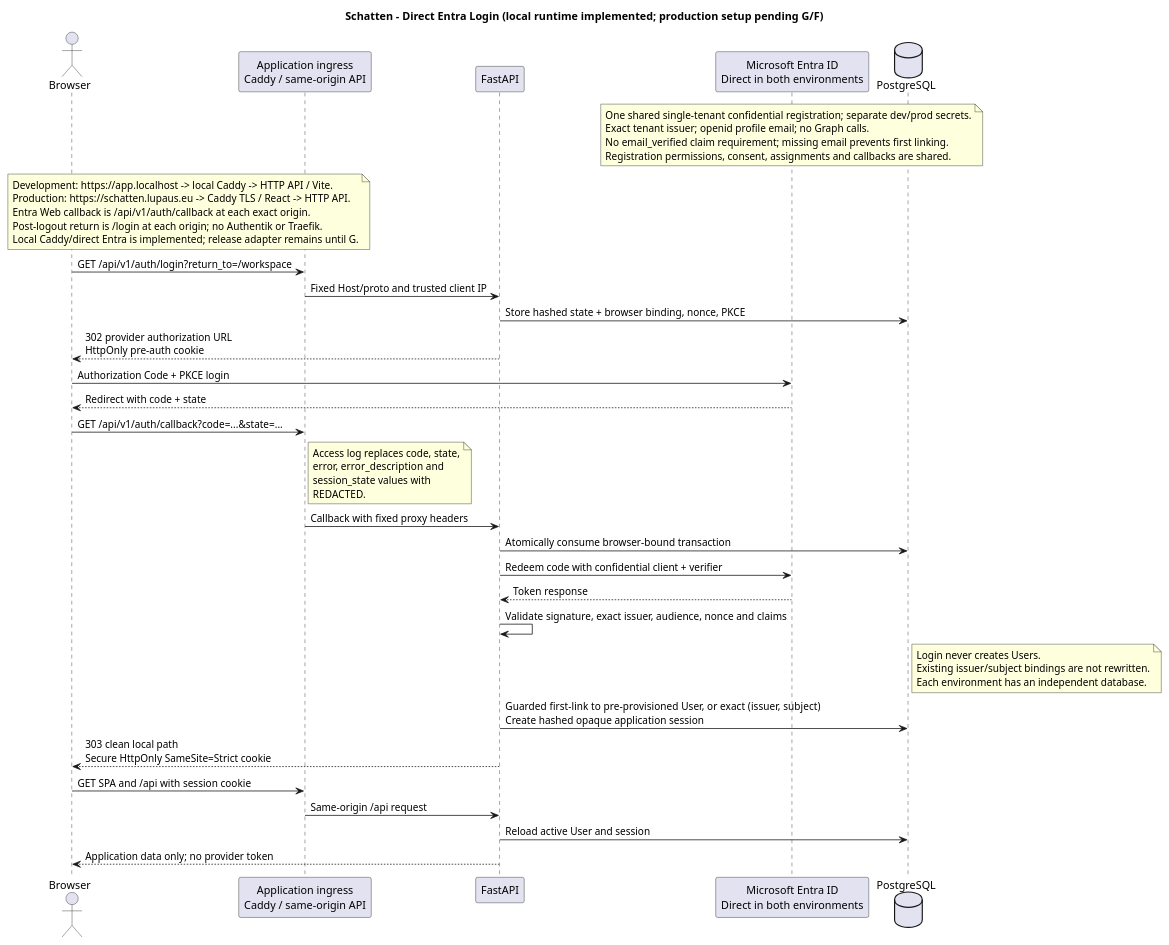
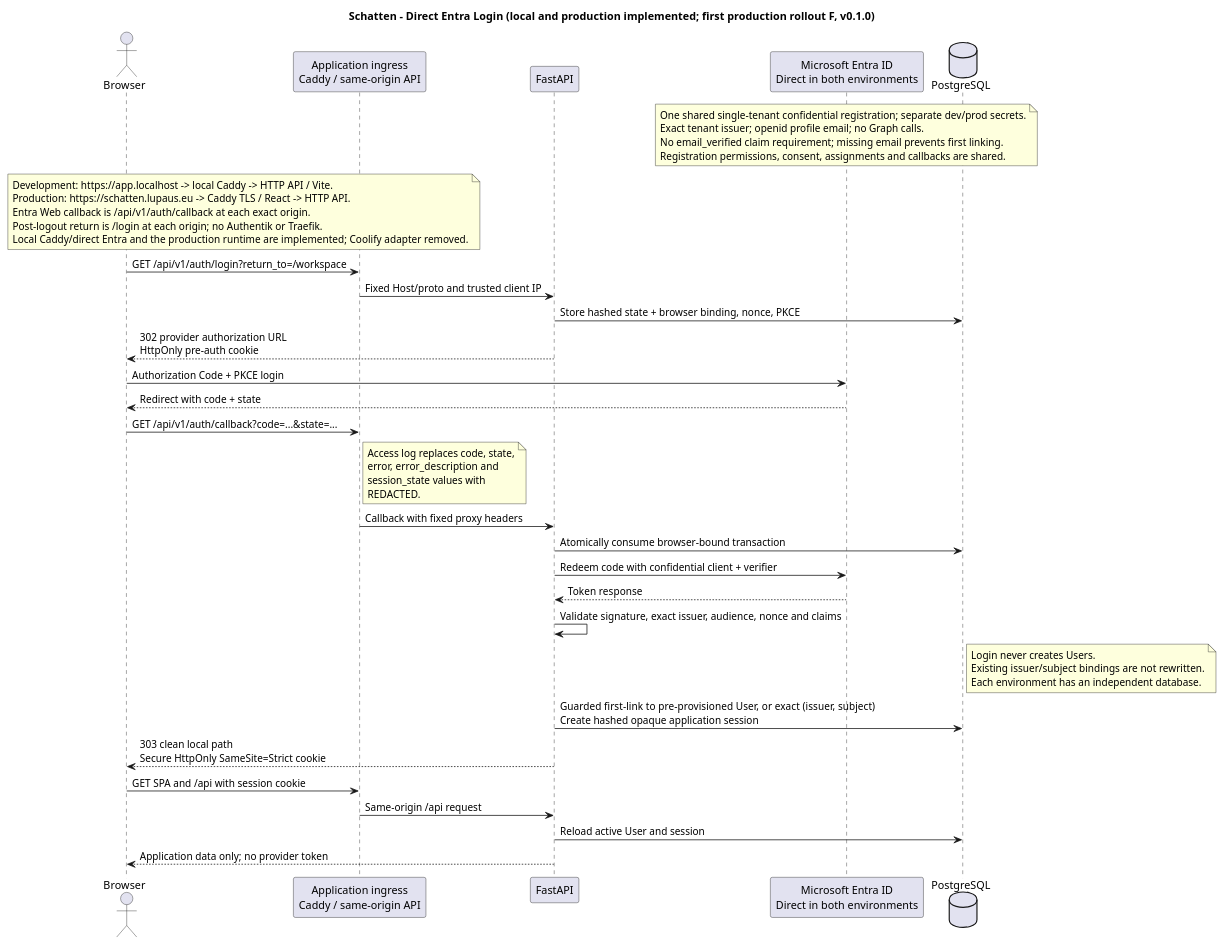
Before and after one commit to lupaus-eu/shadow: the diagram in docs/diagrams/sequence-oidc-login.puml, drawn with PlantUML. The commit also changed 18 other files, not shown here.

First line of the commit message:
Feature/task 059 f first production rollout (#127)

```diff
--- a/docs/diagrams/sequence-oidc-login.puml
+++ b/docs/diagrams/sequence-oidc-login.puml
@@ -1,55 +1,55 @@
 @startuml
-title Schatten - Direct Entra Login (local runtime implemented; production setup pending G/F)
+title Schatten - Direct Entra Login (local and production implemented; first production rollout F, v0.1.0)
 
 actor Browser
 participant "Application ingress\nCaddy / same-origin API" as Caddy
 participant "FastAPI" as API
 participant "Microsoft Entra ID\nDirect in both environments" as Provider
 database PostgreSQL as DB
 
 note over Provider
   One shared single-tenant confidential registration; separate dev/prod secrets.
   Exact tenant issuer; openid profile email; no Graph calls.
   No email_verified claim requirement; missing email prevents first linking.
   Registration permissions, consent, assignments and callbacks are shared.
 end note
 
 note over Browser, Caddy
   Development: https://app.localhost -> local Caddy -> HTTP API / Vite.
   Production: https://schatten.lupaus.eu -> Caddy TLS / React -> HTTP API.
   Entra Web callback is /api/v1/auth/callback at each exact origin.
   Post-logout return is /login at each origin; no Authentik or Traefik.
-  Local Caddy/direct Entra is implemented; release adapter remains until G.
+  Local Caddy/direct Entra and the production runtime are implemented; Coolify adapter removed.
 end note
 
 Browser -> Caddy : GET /api/v1/auth/login?return_to=/workspace
 Caddy -> API : Fixed Host/proto and trusted client IP
 API -> DB : Store hashed state + browser binding, nonce, PKCE
 API --> Browser : 302 provider authorization URL\nHttpOnly pre-auth cookie
 Browser -> Provider : Authorization Code + PKCE login
 Provider --> Browser : Redirect with code + state
 Browser -> Caddy : GET /api/v1/auth/callback?code=...&state=...
 note right of Caddy
   Access log replaces code, state,
   error, error_description and
   session_state values with
   REDACTED.
 end note
 Caddy -> API : Callback with fixed proxy headers
 API -> DB : Atomically consume browser-bound transaction
 API -> Provider : Redeem code with confidential client + verifier
 Provider --> API : Token response
 API -> API : Validate signature, exact issuer, audience, nonce and claims
 note right of DB
   Login never creates Users.
   Existing issuer/subject bindings are not rewritten.
   Each environment has an independent database.
 end note
 API -> DB : Guarded first-link to pre-provisioned User, or exact (issuer, subject)\nCreate hashed opaque application session
 API --> Browser : 303 clean local path\nSecure HttpOnly SameSite=Strict cookie
 Browser -> Caddy : GET SPA and /api with session cookie
 Caddy -> API : Same-origin /api request
 API -> DB : Reload active User and session
 API --> Browser : Application data only; no provider token
 
 @enduml
```
